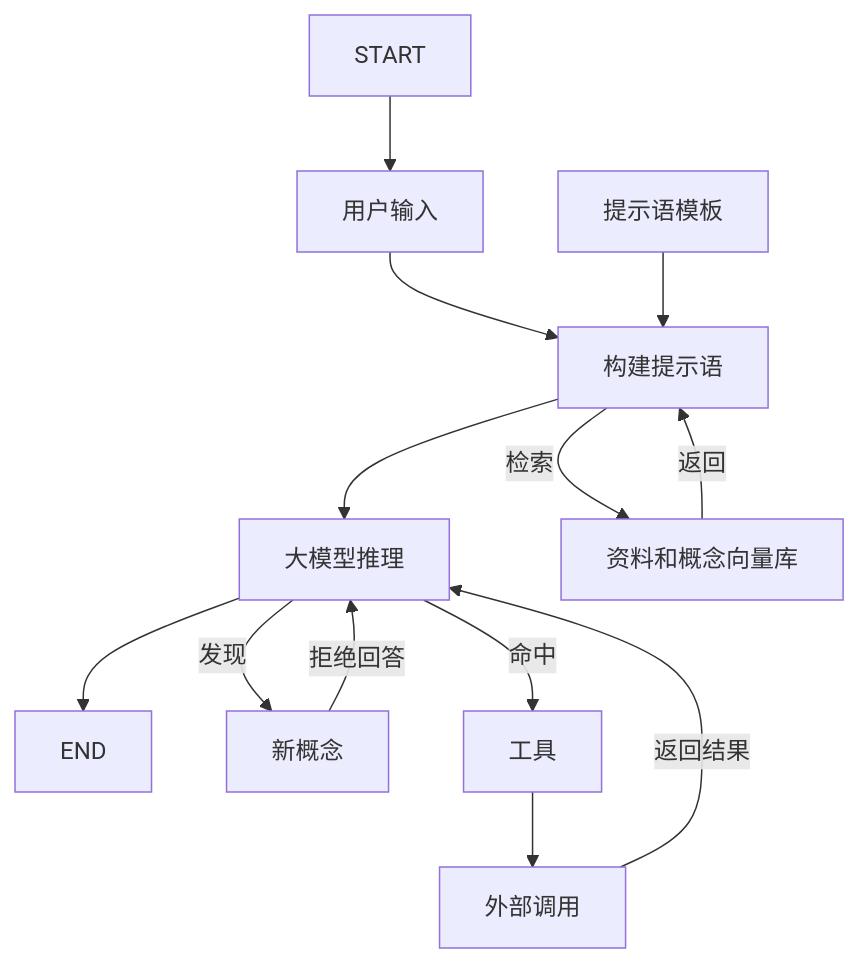
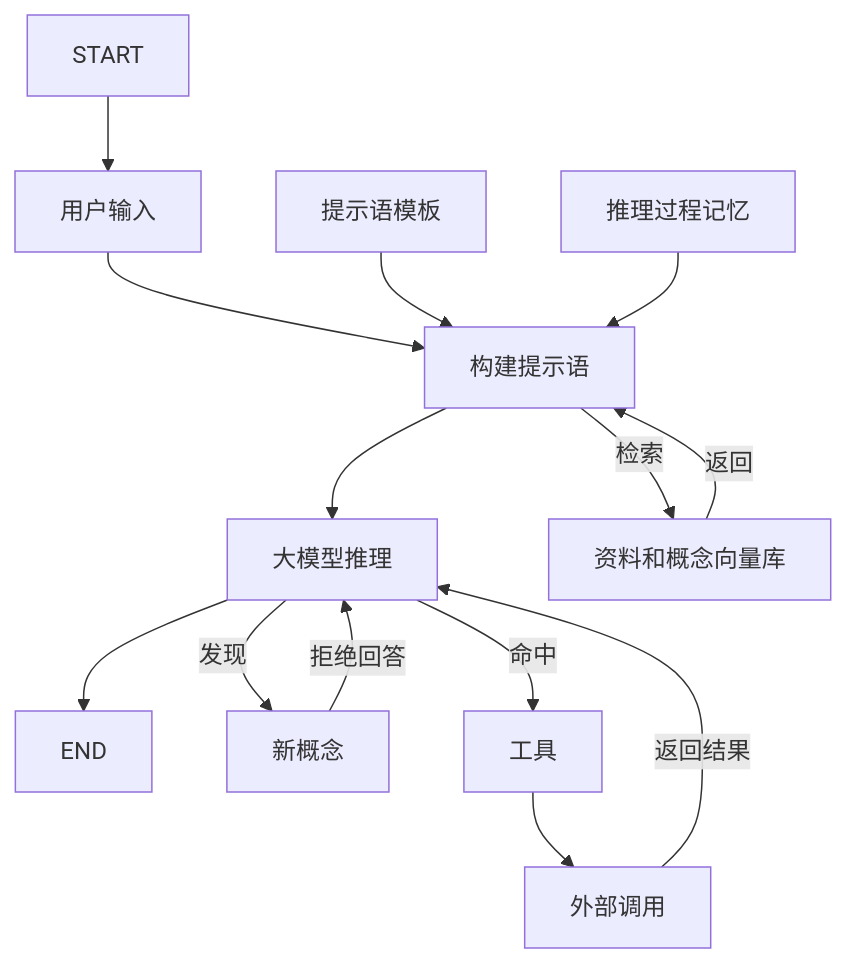
Before and after one commit to arcstep/illufly: the diagram in agent.md, drawn with Mermaid.

Commit message:
agent路线图: 增加推理过程记忆

````diff
--- a/agent.md
+++ b/agent.md
@@ -11,11 +11,12 @@
 ```mermaid
 graph TD
     START --> 用户输入 --> 构建提示语 --> 大模型推理 --> END
 
     提示语模板 --> 构建提示语
+    推理过程记忆 --> 构建提示语
 
     资料和概念向量库 -->|返回| 构建提示语 -->|检索| 资料和概念向量库
 
     大模型推理 -->|发现| 新概念 -->|拒绝回答| 大模型推理
     大模型推理 -->|命中| 工具 --> 外部调用 -->|返回结果| 大模型推理
 ```
````
